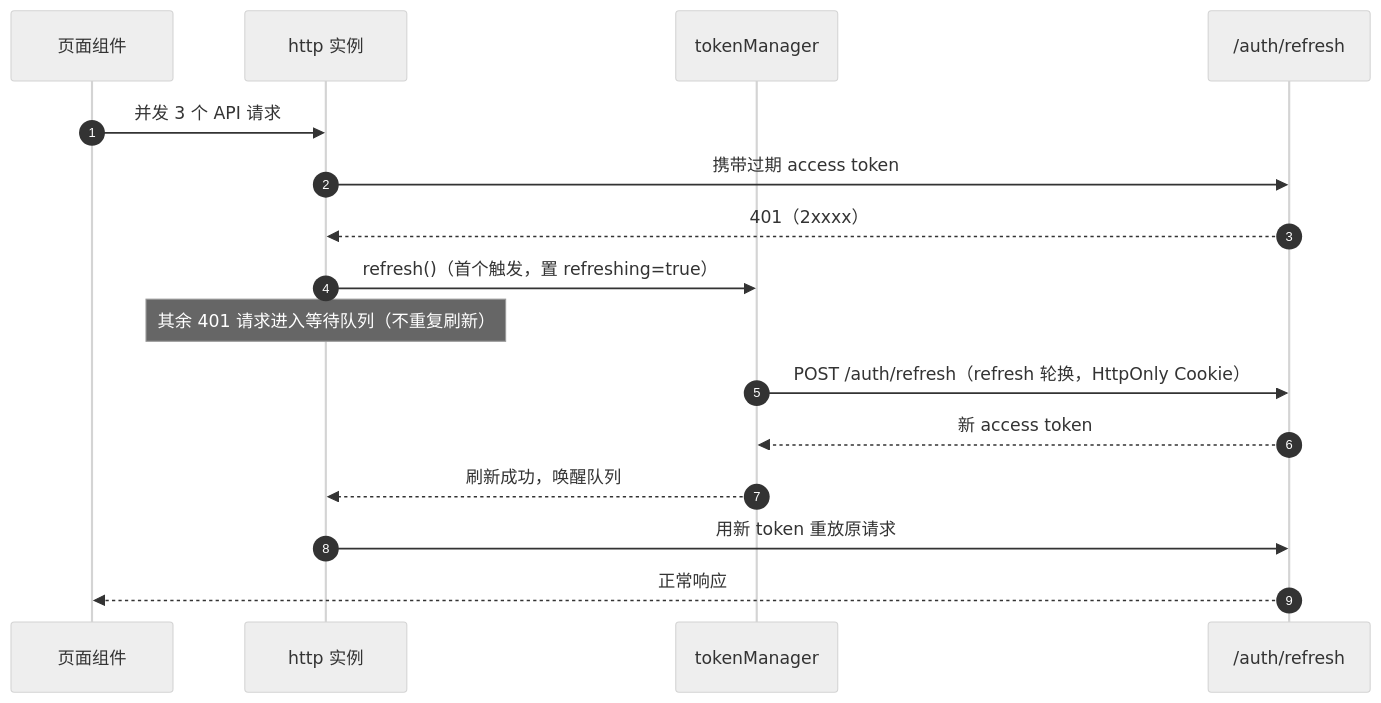
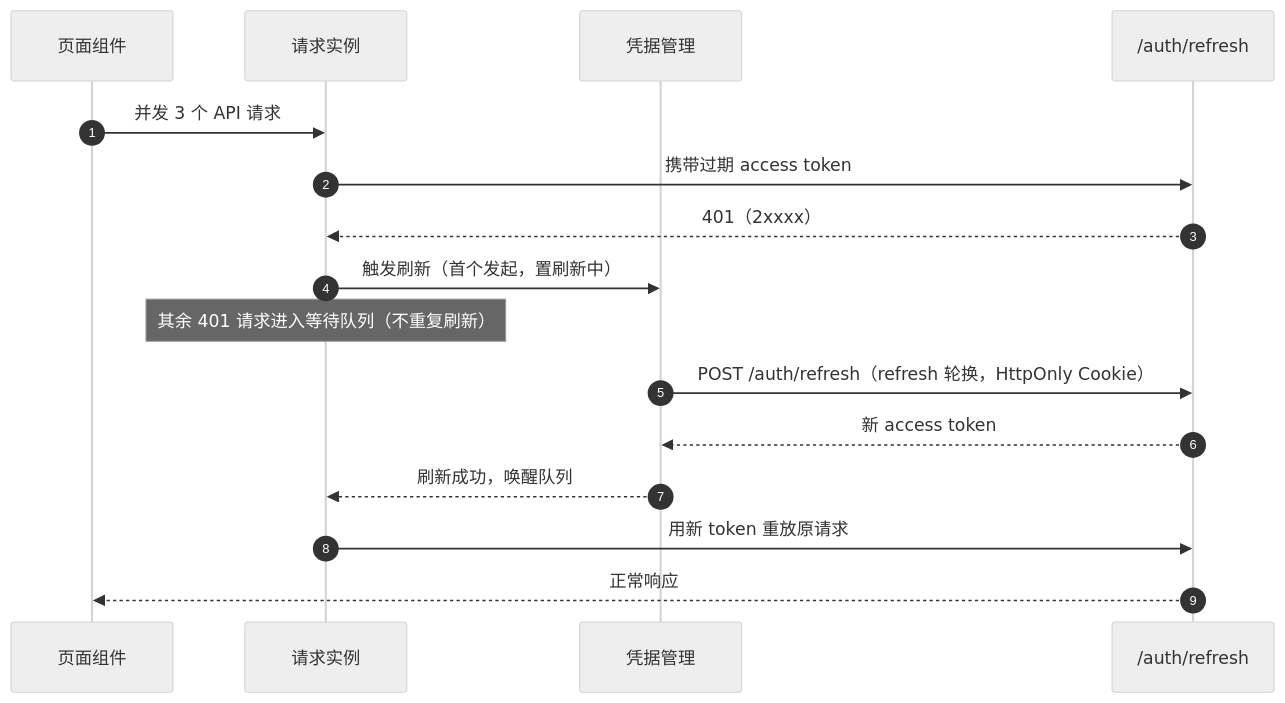
The diagram in bms文档/设计/组件设计/09_基础类/01_组件设计_请求封装/01_组件设计_请求封装.md (minjian123/basic-management-system), drawn with Mermaid (neutral theme) before and after one commit. The commit also changed other lines of this file and 238 other files, not shown here.

````diff
--- a/bms文档/设计/组件设计/09_基础类/01_组件设计_请求封装/01_组件设计_请求封装.md
+++ b/bms文档/设计/组件设计/09_基础类/01_组件设计_请求封装/01_组件设计_请求封装.md
@@ -97,19 +92,19 @@
 ```mermaid
 sequenceDiagram
     autonumber
     participant 页面组件
-    participant http as http 实例
-    participant token as tokenManager
+    participant 请求实例
+    participant 凭据管理
     participant 后端 as /auth/refresh
 
-    页面组件->>http: 并发 3 个 API 请求
-    http->>后端: 携带过期 access token
-    后端-->>http: 401（2xxxx）
-    http->>token: refresh()（首个触发，置 refreshing=true）
-    Note over http: 其余 401 请求进入等待队列（不重复刷新）
-    token->>后端: POST /auth/refresh（refresh 轮换，HttpOnly Cookie）
-    后端-->>token: 新 access token
-    token-->>http: 刷新成功，唤醒队列
-    http->>后端: 用新 token 重放原请求
+    页面组件->>请求实例: 并发 3 个 API 请求
+    请求实例->>后端: 携带过期 access token
+    后端-->>请求实例: 401（2xxxx）
+    请求实例->>凭据管理: 触发刷新（首个发起，置刷新中）
+    Note over 请求实例: 其余 401 请求进入等待队列（不重复刷新）
+    凭据管理->>后端: POST /auth/refresh（refresh 轮换，HttpOnly Cookie）
+    后端-->>凭据管理: 新 access token
+    凭据管理-->>请求实例: 刷新成功，唤醒队列
+    请求实例->>后端: 用新 token 重放原请求
     后端-->>页面组件: 正常响应
 ```
````
